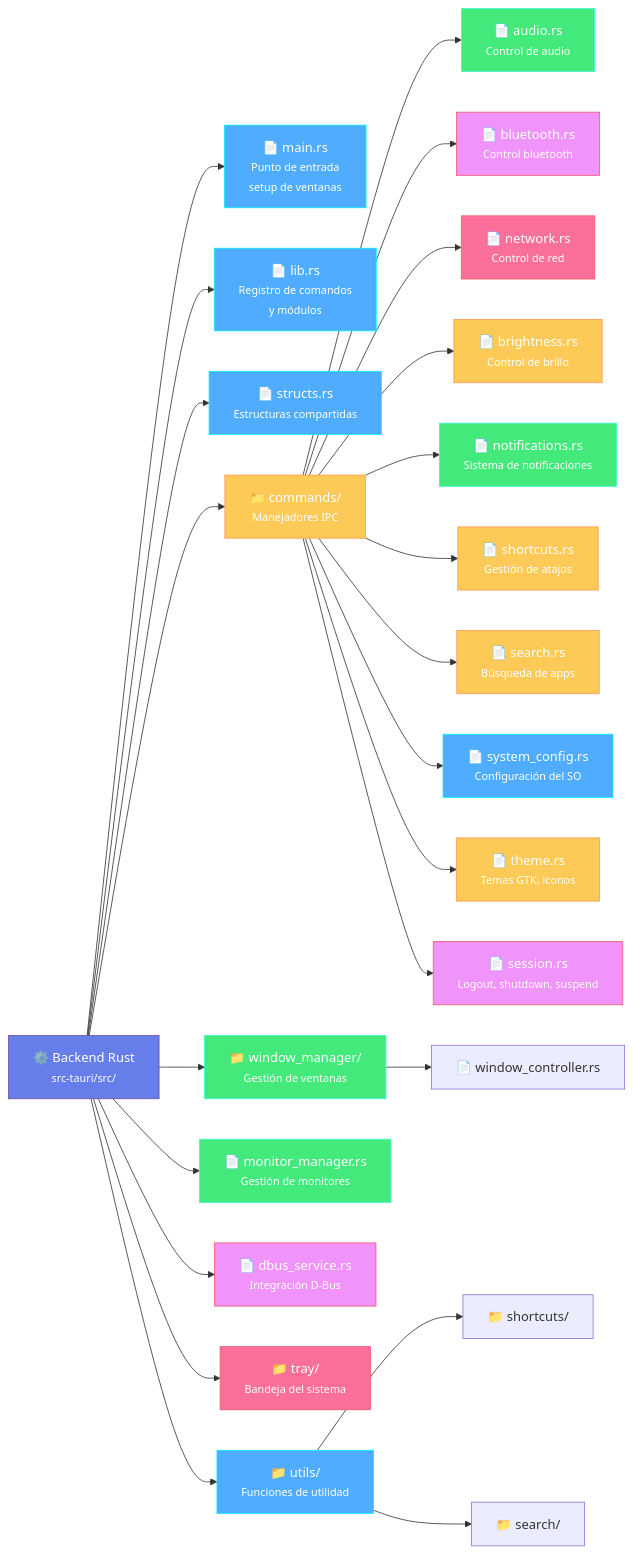
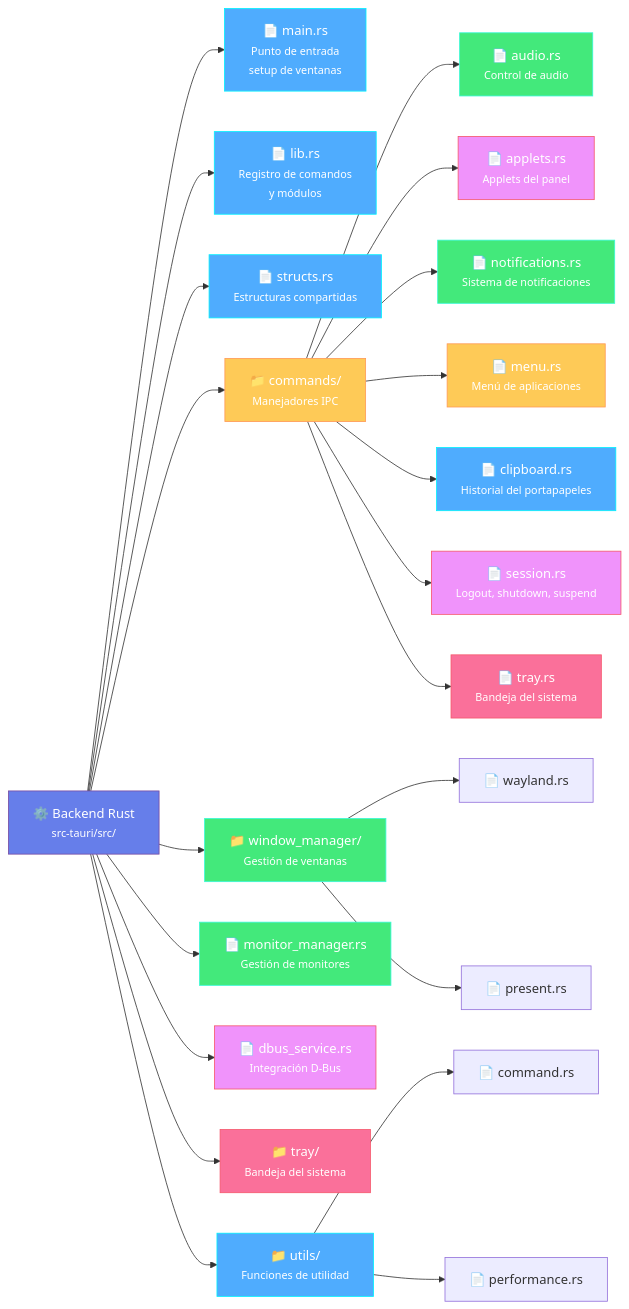
The fourth of 7 diagrams in content/docs/devs/vasak-desktop/architecture.md (Vasak-OS/website), drawn with Mermaid before and after one commit. The commit also changed other lines of this file and 33 other files, not shown here.

```diff
--- a/content/docs/devs/vasak-desktop/architecture.md
+++ b/content/docs/devs/vasak-desktop/architecture.md
@@ -217,52 +217,47 @@
 {{< mermaid >}}
 graph LR
     Backend["⚙️ Backend Rust<br/><small>src-tauri/src/</small>"]
     
     Backend --> Main["📄 main.rs<br/><small>Punto de entrada<br/>setup de ventanas</small>"]
     Backend --> Lib["📄 lib.rs<br/><small>Registro de comandos<br/>y módulos</small>"]
     Backend --> Structs["📄 structs.rs<br/><small>Estructuras compartidas</small>"]
     
     Backend --> Commands["📁 commands/<br/><small>Manejadores IPC</small>"]
     Backend --> WindowMgr["📁 window_manager/<br/><small>Gestión de ventanas</small>"]
     Backend --> MonitorMgr["📄 monitor_manager.rs<br/><small>Gestión de monitores</small>"]
     Backend --> DBusService["📄 dbus_service.rs<br/><small>Integración D-Bus</small>"]
     Backend --> Tray["📁 tray/<br/><small>Bandeja del sistema</small>"]
     Backend --> Utils["📁 utils/<br/><small>Funciones de utilidad</small>"]
     
     Commands --> AudioCmd["📄 audio.rs<br/><small>Control de audio</small>"]
-    Commands --> BluetoothCmd["📄 bluetooth.rs<br/><small>Control bluetooth</small>"]
-    Commands --> NetworkCmd["📄 network.rs<br/><small>Control de red</small>"]
-    Commands --> BrightnessCmd["📄 brightness.rs<br/><small>Control de brillo</small>"]
+    Commands --> AppletsCmd["📄 applets.rs<br/><small>Applets del panel</small>"]
     Commands --> NotificationsCmd["📄 notifications.rs<br/><small>Sistema de notificaciones</small>"]
-    Commands --> ShortcutsCmd["📄 shortcuts.rs<br/><small>Gestión de atajos</small>"]
-    Commands --> SearchCmd["📄 search.rs<br/><small>Búsqueda de apps</small>"]
-    Commands --> SystemConfigCmd["📄 system_config.rs<br/><small>Configuración del SO</small>"]
-    Commands --> ThemeCmd["📄 theme.rs<br/><small>Temas GTK, iconos</small>"]
+    Commands --> MenuCmd["📄 menu.rs<br/><small>Menú de aplicaciones</small>"]
+    Commands --> ClipboardCmd["📄 clipboard.rs<br/><small>Historial del portapapeles</small>"]
     Commands --> SessionCmd["📄 session.rs<br/><small>Logout, shutdown, suspend</small>"]
+    Commands --> TrayCmd["📄 tray.rs<br/><small>Bandeja del sistema</small>"]
     
-    WindowMgr --> WinMod["📄 window_controller.rs"]
+    WindowMgr --> WinMod["📄 wayland.rs"]
+    WindowMgr --> WinPresent["📄 present.rs"]
     
-    Utils --> UtilShortcuts["📁 shortcuts/"]
-    Utils --> UtilSearch["📁 search/"]
+    Utils --> UtilCommand["📄 command.rs"]
+    Utils --> UtilPerf["📄 performance.rs"]
     
     style Backend fill:#667eea,stroke:#764ba2,color:#fff
     style Main fill:#4facfe,stroke:#00f2fe,color:#fff
     style Lib fill:#4facfe,stroke:#00f2fe,color:#fff
     style Structs fill:#4facfe,stroke:#00f2fe,color:#fff
     style Commands fill:#feca57,stroke:#ff9a56,color:#fff
     style WindowMgr fill:#43e97b,stroke:#38f9d7,color:#fff
     style MonitorMgr fill:#43e97b,stroke:#38f9d7,color:#fff
     style DBusService fill:#f093fb,stroke:#f5576c,color:#fff
     style Tray fill:#fa709a,stroke:#f5576c,color:#fff
     style Utils fill:#4facfe,stroke:#00f2fe,color:#fff
     style AudioCmd fill:#43e97b,stroke:#38f9d7,color:#fff
-    style BluetoothCmd fill:#f093fb,stroke:#f5576c,color:#fff
-    style NetworkCmd fill:#fa709a,stroke:#f5576c,color:#fff
-    style BrightnessCmd fill:#feca57,stroke:#ff9a56,color:#fff
+    style AppletsCmd fill:#f093fb,stroke:#f5576c,color:#fff
     style NotificationsCmd fill:#43e97b,stroke:#38f9d7,color:#fff
-    style ShortcutsCmd fill:#feca57,stroke:#ff9a56,color:#fff
-    style SearchCmd fill:#feca57,stroke:#ff9a56,color:#fff
-    style SystemConfigCmd fill:#4facfe,stroke:#00f2fe,color:#fff
-    style ThemeCmd fill:#feca57,stroke:#ff9a56,color:#fff
+    style MenuCmd fill:#feca57,stroke:#ff9a56,color:#fff
+    style ClipboardCmd fill:#4facfe,stroke:#00f2fe,color:#fff
     style SessionCmd fill:#f093fb,stroke:#f5576c,color:#fff
+    style TrayCmd fill:#fa709a,stroke:#f5576c,color:#fff
 {{< /mermaid >}}
```
